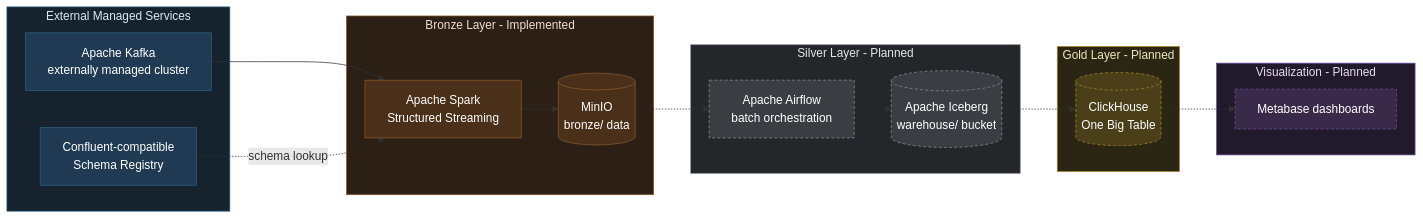
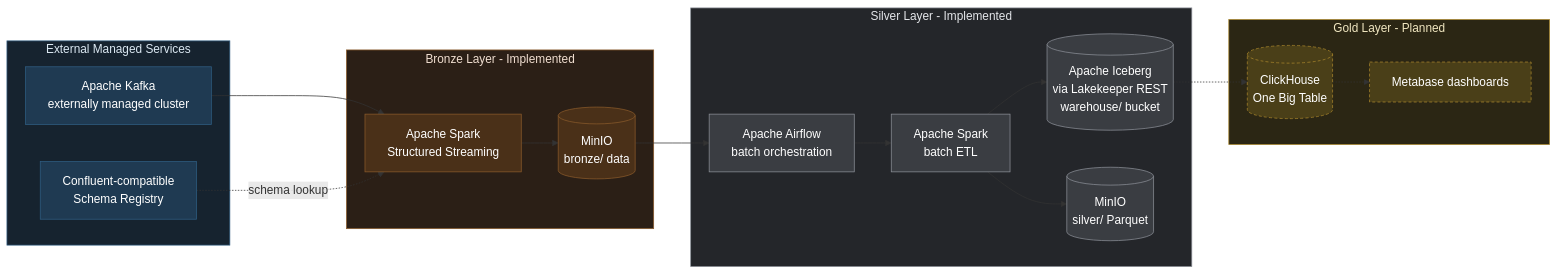
The first of 5 diagrams in README.md (amirgr80/Modern_Data_Analytics_Platform), drawn with Mermaid before and after one commit. The commit also changed other lines of this file, not shown here.

Commit message:
feat(silver): finalize isolated behavioral pipeline

````diff
--- a/README.md
+++ b/README.md
@@ -51,51 +76,49 @@
 ```mermaid
 flowchart LR
     subgraph EXT[External Managed Services]
         KAFKA["Apache Kafka<br/>externally managed cluster"]
         SR["Confluent-compatible<br/>Schema Registry"]
     end
 
     subgraph BRONZE[Bronze Layer - Implemented]
         SPARK["Apache Spark<br/>Structured Streaming"]
         MINIOB[("MinIO<br/>bronze/ data")]
     end
 
-    subgraph SILVER[Silver Layer - Planned]
+    subgraph SILVER[Silver Layer - Implemented]
         AIRFLOW["Apache Airflow<br/>batch orchestration"]
-        ICEBERG[("Apache Iceberg<br/>warehouse/ bucket")]
+        SPARKB["Apache Spark<br/>batch ETL"]
+        ICEBERG[("Apache Iceberg<br/>via Lakekeeper REST<br/>warehouse/ bucket")]
+        MINIOS[("MinIO<br/>silver/ Parquet")]
     end
 
     subgraph GOLD[Gold Layer - Planned]
         CH[("ClickHouse<br/>One Big Table")]
-    end
-
-    subgraph VIZ[Visualization - Planned]
         MB["Metabase dashboards"]
     end
 
     KAFKA --> SPARK
     SR -.->|schema lookup| SPARK
     SPARK --> MINIOB
-    MINIOB -.-> AIRFLOW
-    AIRFLOW -.-> ICEBERG
+    MINIOB --> AIRFLOW
+    AIRFLOW --> SPARKB
+    SPARKB --> ICEBERG
+    SPARKB --> MINIOS
     ICEBERG -.-> CH
     CH -.-> MB
 
     classDef external fill:#1f3a52,stroke:#2f5d82,color:#ffffff
     classDef bronzeNode fill:#4a3018,stroke:#8a5a2b,color:#ffffff
-    classDef silverNode fill:#3a3d42,stroke:#8b8f97,color:#ffffff,stroke-dasharray: 4 3
+    classDef silverNode fill:#3a3d42,stroke:#8b8f97,color:#ffffff
     classDef goldNode fill:#4a3f18,stroke:#a8862c,color:#ffffff,stroke-dasharray: 4 3
-    classDef purpleNode fill:#3a2a4a,stroke:#6f4c9e,color:#ffffff,stroke-dasharray: 4 3
 
     class KAFKA,SR external
     class SPARK,MINIOB bronzeNode
-    class AIRFLOW,ICEBERG silverNode
-    class CH goldNode
-    class MB purpleNode
+    class AIRFLOW,SPARKB,ICEBERG,MINIOS silverNode
+    class CH,MB goldNode
 
     style EXT fill:#16232f,stroke:#2f5d82,color:#dbe8f2
     style BRONZE fill:#2b1f16,stroke:#8a5a2b,color:#f0ded0
     style SILVER fill:#24262a,stroke:#8b8f97,color:#e4e6ea
     style GOLD fill:#2b2614,stroke:#a8862c,color:#f0e6c0
-    style VIZ fill:#211a2b,stroke:#6f4c9e,color:#e4dbf2
 ```
````
